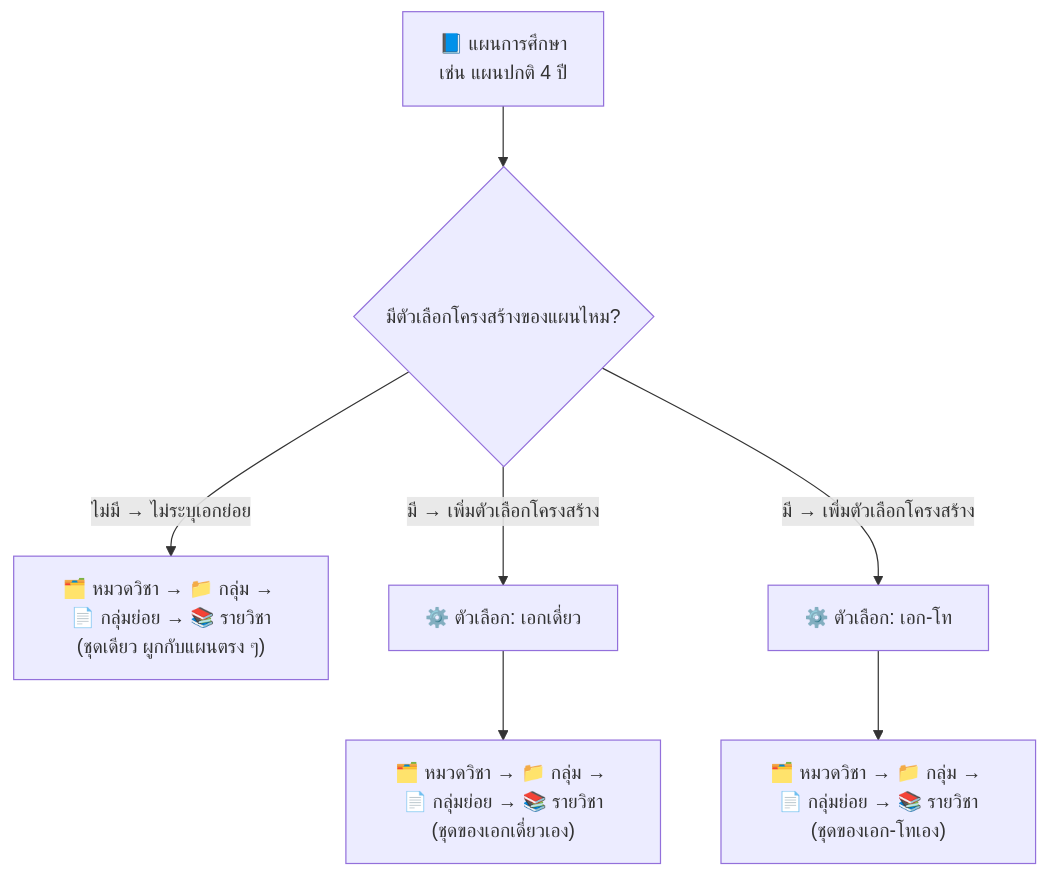
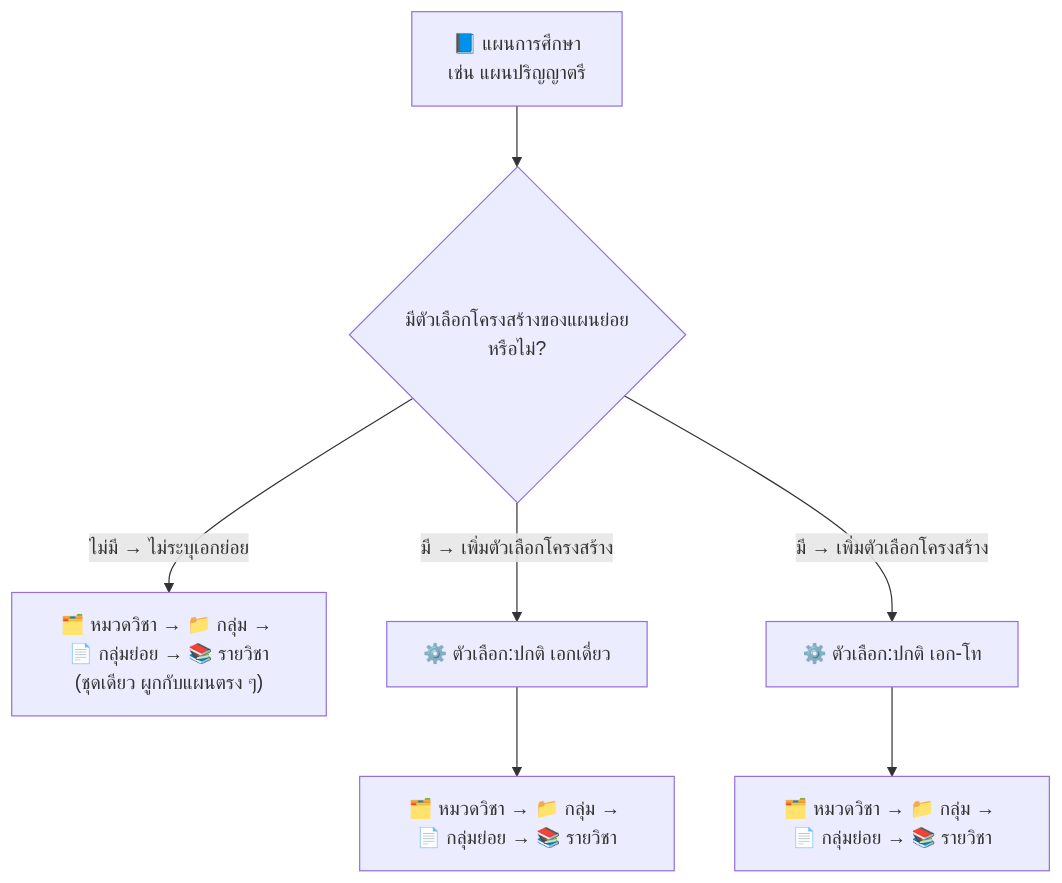
One commit to kamolchanokc/cms-user-manaul changed the second of 2 diagrams in curriculum-structure.md. Above: the diagram before and after it, drawn with Mermaid. The commit also changed other lines of this file, not shown here.

Commit message:
GITBOOK-75: No subject

````diff
--- a/curriculum-structure.md
+++ b/curriculum-structure.md
@@ -70,9 +70,9 @@
 ```mermaid
 flowchart TD
-    P["📘 แผนการศึกษา<br/>เช่น แผนปกติ 4 ปี"] --> Q{"มีตัวเลือกโครงสร้างของแผนไหม?"}
+    P["📘 แผนการศึกษา<br/>เช่น แผนปริญญาตรี"] --> Q{"มีตัวเลือกโครงสร้างของแผนย่อยหรือไม่?"}
     Q -->|"ไม่มี → ไม่ระบุเอกย่อย"| S["🗂️ หมวดวิชา → 📁 กลุ่ม → 📄 กลุ่มย่อย → 📚 รายวิชา<br/>(ชุดเดียว ผูกกับแผนตรง ๆ)"]
-    Q -->|"มี → เพิ่มตัวเลือกโครงสร้าง"| V1["⚙️ ตัวเลือก: เอกเดี่ยว"]
-    Q -->|"มี → เพิ่มตัวเลือกโครงสร้าง"| V2["⚙️ ตัวเลือก: เอก-โท"]
-    V1 --> S1["🗂️ หมวดวิชา → 📁 กลุ่ม → 📄 กลุ่มย่อย → 📚 รายวิชา<br/>(ชุดของเอกเดี่ยวเอง)"]
-    V2 --> S2["🗂️ หมวดวิชา → 📁 กลุ่ม → 📄 กลุ่มย่อย → 📚 รายวิชา<br/>(ชุดของเอก-โทเอง)"]
+    Q -->|"มี → เพิ่มตัวเลือกโครงสร้าง"| V1["⚙️ ตัวเลือก:ปกติ เอกเดี่ยว"]
+    Q -->|"มี → เพิ่มตัวเลือกโครงสร้าง"| V2["⚙️ ตัวเลือก:ปกติ เอก-โท"]
+    V1 --> S1["🗂️ หมวดวิชา → 📁 กลุ่ม → 📄 กลุ่มย่อย → 📚 รายวิชา"]
+    V2 --> S2["🗂️ หมวดวิชา → 📁 กลุ่ม → 📄 กลุ่มย่อย → 📚 รายวิชา"]
 ```
````
